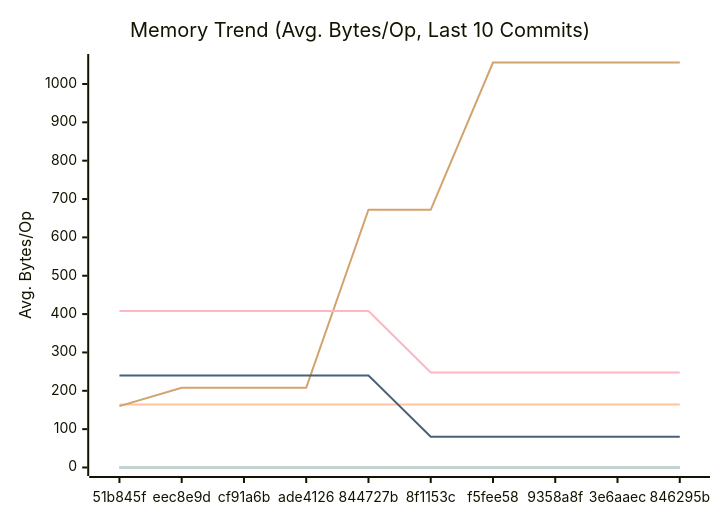
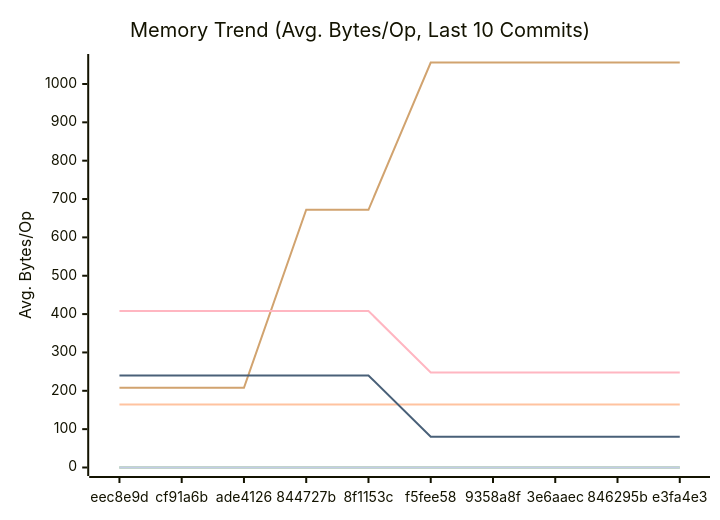
One commit to alsotoes/momo changed the second of 3 diagrams in docs/PERFORMANCE.md. Above: the diagram before and after it, drawn with Mermaid. The commit also changed other lines of this file and 2 other files, not shown here.

````diff
--- a/docs/PERFORMANCE.md
+++ b/docs/PERFORMANCE.md
@@ -97,16 +97,16 @@
 ```mermaid
 xychart-beta
     title "Memory Trend (Avg. Bytes/Op, Last 10 Commits)"
     x-axis "Commit"
     y-axis "Avg. Bytes/Op"
-    x-axis [51b845f,eec8e9d,cf91a6b,ade4126,844727b,8f1153c,f5fee58,9358a8f,3e6aaec,846295b]
+    x-axis [eec8e9d,cf91a6b,ade4126,844727b,8f1153c,f5fee58,9358a8f,3e6aaec,846295b,e3fa4e3]
     line "CheckMetricsAndSwap" [0,0,0,0,0,0,0,0,0,0]
     line "CrushOptimized" [0,0,0,0,0,0,0,0,0,0]
     line "CrushOriginal" [164,164,164,164,164,164,164,164,164,164]
     line "IndexDirectTracking" [0,0,0,0,0,0,0,0,0,0]
     line "IndexSearch" [0,0,0,0,0,0,0,0,0,0]
-    line "LoadGlobalConfig" [160,208,208,208,672,672,1056,1056,1056,1056]
+    line "LoadGlobalConfig" [208,208,208,672,672,1056,1056,1056,1056,1056]
     line "PadString" [0,0,0,0,0,0,0,0,0,0]
     line "ParseReplicationOrder_NoPrealloc" [408,408,408,408,408,248,248,248,248,248]
     line "ParseReplicationOrder_Prealloc" [240,240,240,240,240,80,80,80,80,80]
 ```
````
